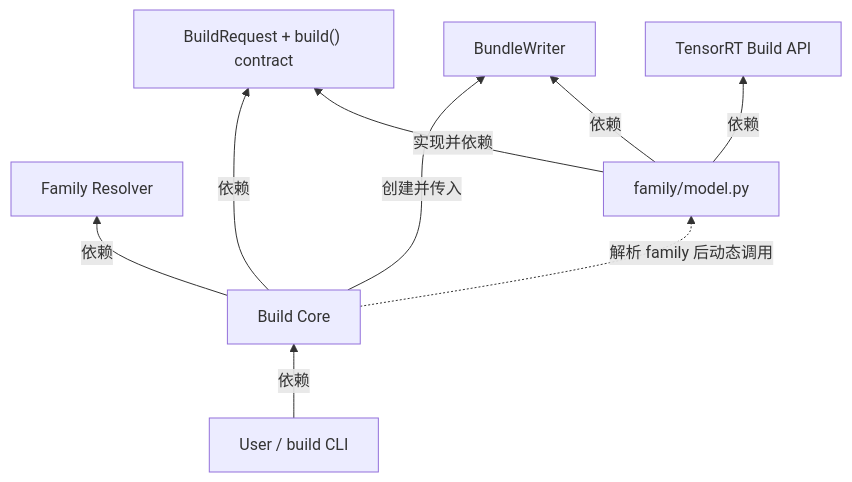
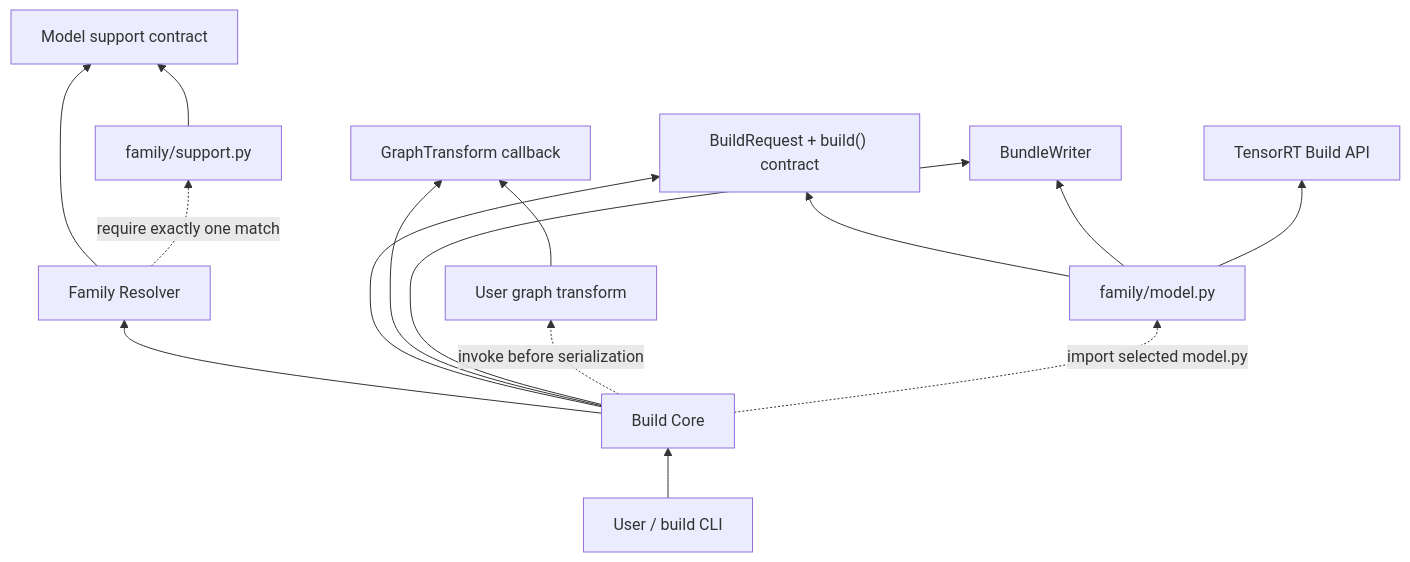
One commit to yifeif-nv/TensorRT-Model-Connect-fork changed the second of 6 diagrams in website/docs/architecture/ai-native-horizontal-scaling.md. Above: the diagram before and after it, drawn with Mermaid. The commit also changed other lines of this file and 111 other files, not shown here.

First line of the commit message:
feat(build): add family-owned model resolution

````diff
--- a/website/docs/architecture/ai-native-horizontal-scaling.md
+++ b/website/docs/architecture/ai-native-horizontal-scaling.md
@@ -150,14 +162,19 @@
 ```mermaid
 flowchart BT
-  UserCLI["User / build CLI"] -->|"依赖"| BuildCore["Build Core"]
+  UserCLI["User / build CLI"] --> BuildCore["Build Core"]
+  UserTransform["User graph transform"] --> TransformContract["GraphTransform callback"]
+  FamilySupport["family/support.py"] --> SupportContract["Model support contract"]
 
-  BuildCore -->|"依赖"| Resolver["Family Resolver"]
-  BuildCore -->|"依赖"| BuildContract["BuildRequest + build() contract"]
-  BuildCore -->|"创建并传入"| BundleWriter["BundleWriter"]
+  BuildCore --> Resolver["Family Resolver"]
+  Resolver --> SupportContract
+  Resolver -.->|"require exactly one match"| FamilySupport
+  BuildCore --> BuildContract["BuildRequest + build() contract"]
+  BuildCore --> TransformContract
+  BuildCore --> BundleWriter["BundleWriter"]
+  BuildCore -.->|"invoke before serialization"| UserTransform
 
-  FamilyBuild["family/model.py"] -->|"实现并依赖"| BuildContract
-  FamilyBuild -->|"依赖"| BundleWriter
-  FamilyBuild -->|"依赖"| TRTBuild["TensorRT Build API"]
-
-  BuildCore -.->|"解析 family 后动态调用"| FamilyBuild
+  FamilyBuild["family/model.py"] --> BuildContract
+  FamilyBuild --> BundleWriter
+  FamilyBuild --> TRTBuild["TensorRT Build API"]
+  BuildCore -.->|"import selected model.py"| FamilyBuild
 ```
````
